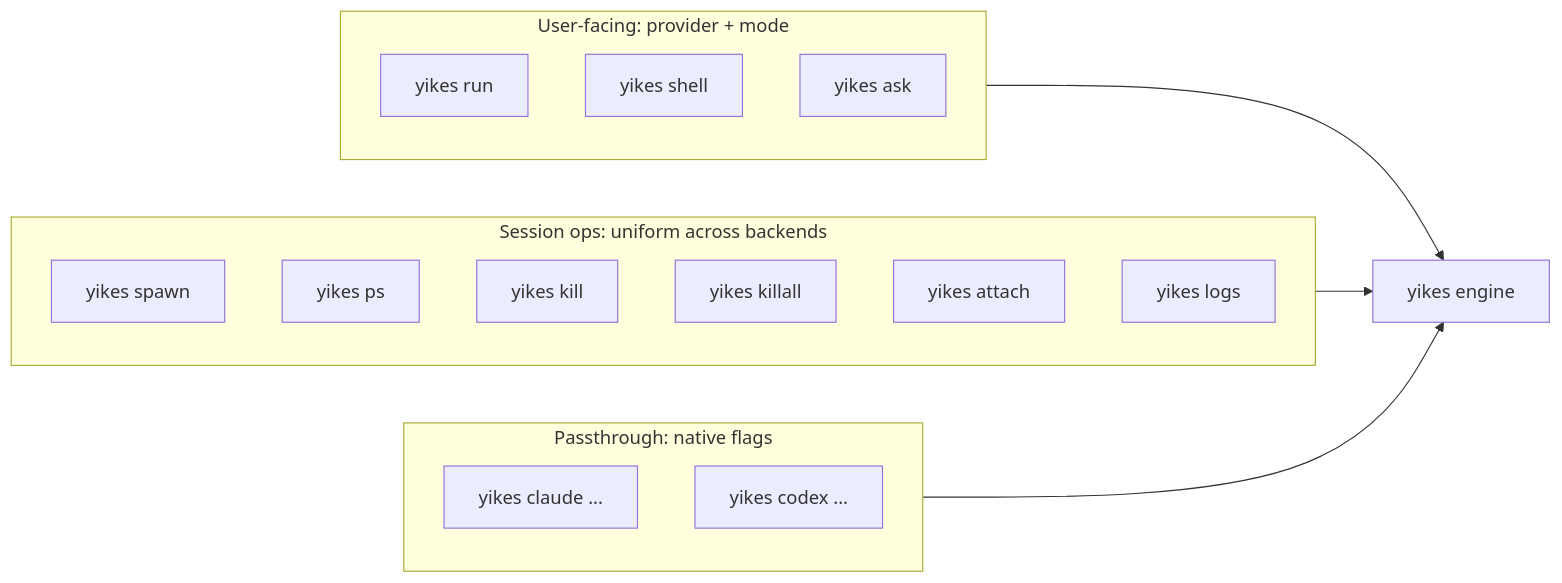
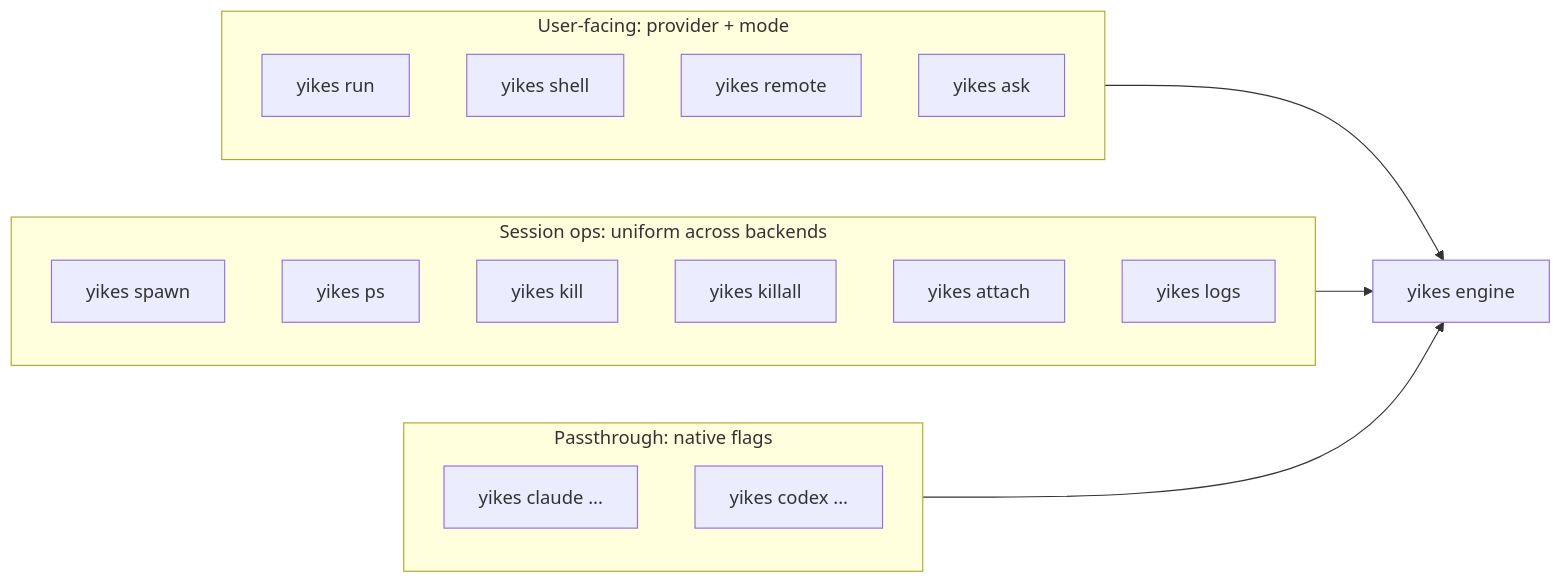
The diagram in docs/cli-wrapper.md (Alyxion/yikes), drawn with Mermaid before and after one commit. The commit also changed other lines of this file and 9 other files, not shown here.

````diff
--- a/docs/cli-wrapper.md
+++ b/docs/cli-wrapper.md
@@ -31,23 +32,24 @@
 ```mermaid
 flowchart LR
     subgraph one[User-facing: provider + mode]
         prompt[yikes run]
         interactive[yikes shell]
+        remote[yikes remote]
         oneshot[yikes ask]
     end
     subgraph two[Session ops: uniform across backends]
         spawn[yikes spawn]
         list[yikes ps]
         kill[yikes kill]
         killall[yikes killall]
         attach[yikes attach]
         logs[yikes logs]
     end
     subgraph three[Passthrough: native flags]
         prox[yikes claude ...]
         prox2[yikes codex ...]
     end
     one --> engine[yikes engine]
     two --> engine
     three --> engine
 ```
````
